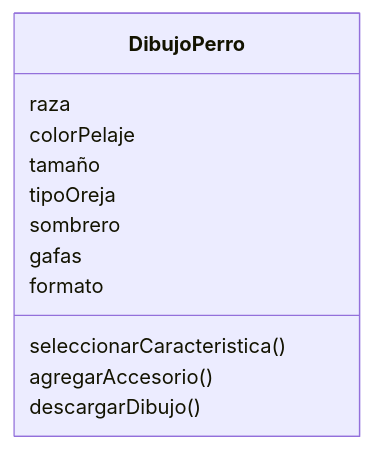
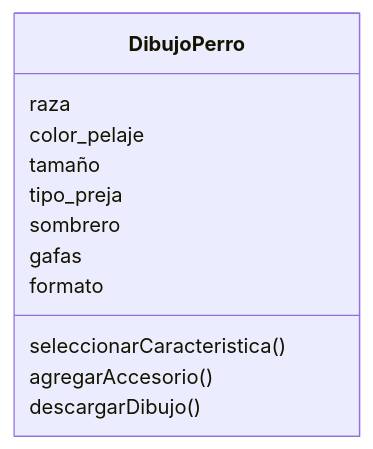
Before and after one commit to PatoAparicio/psg-oop-2025: the diagram in retos_sesion_01/ejercicio_03.md, drawn with Mermaid. The commit also changed other lines of this file and 2 other files, not shown here.

````diff
--- a/retos_sesion_01/ejercicio_03.md
+++ b/retos_sesion_01/ejercicio_03.md
@@ -46,15 +46,15 @@
 ```mermaid
 classDiagram
 class DibujoPerro {
     raza
-    colorPelaje
+    color_pelaje
     tamaño
-    tipoOreja
+    tipo_preja
     sombrero 
     gafas
     formato   
     seleccionarCaracteristica()
     agregarAccesorio()
     descargarDibujo()  
     }
 ```
````
